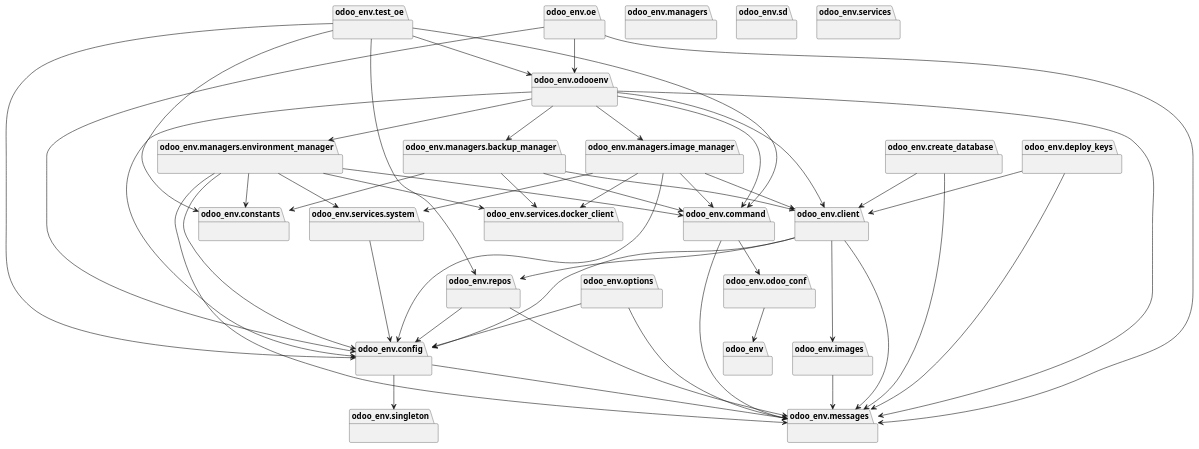
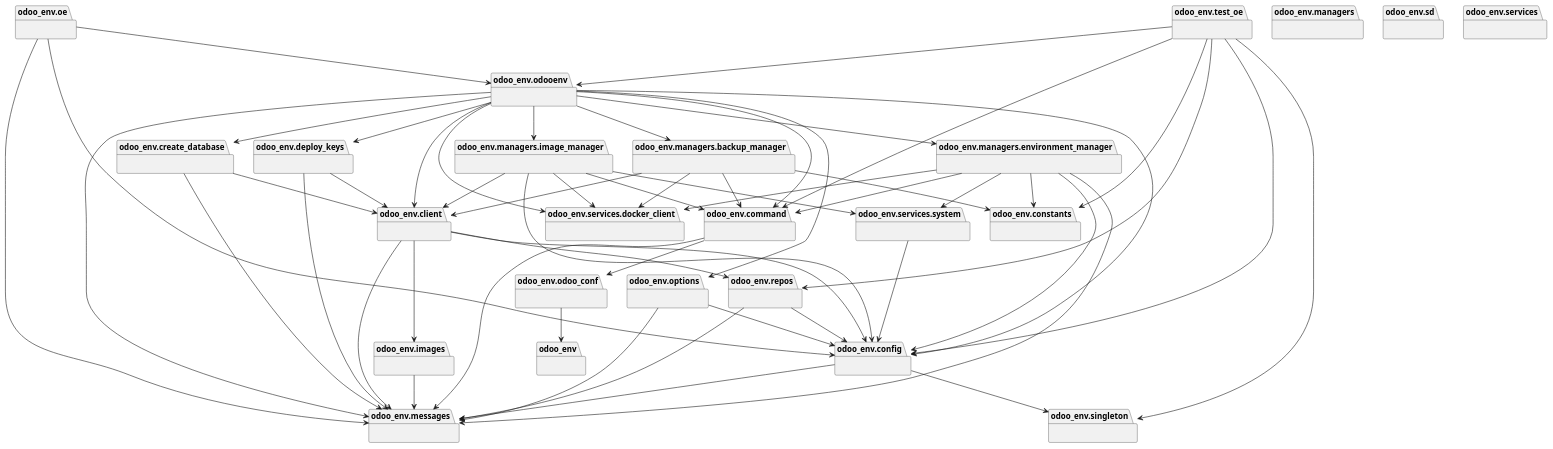
Before and after one commit to jobiols/odoo-env: the diagram in doc/uml/packages_odoo_env.plantuml, drawn with PlantUML. The commit also changed 5 other files, not shown here.

```diff
--- a/doc/uml/packages_odoo_env.plantuml
+++ b/doc/uml/packages_odoo_env.plantuml
@@ -1,100 +1,105 @@
 @startuml packages_odoo_env
 set namespaceSeparator none
 package "odoo_env" as odoo_env {
 }
 package "odoo_env.client" as odoo_env.client {
 }
 package "odoo_env.command" as odoo_env.command {
 }
 package "odoo_env.config" as odoo_env.config {
 }
 package "odoo_env.constants" as odoo_env.constants {
 }
 package "odoo_env.create_database" as odoo_env.create_database {
 }
 package "odoo_env.deploy_keys" as odoo_env.deploy_keys {
 }
 package "odoo_env.images" as odoo_env.images {
 }
 package "odoo_env.managers" as odoo_env.managers {
 }
 package "odoo_env.managers.backup_manager" as odoo_env.managers.backup_manager {
 }
 package "odoo_env.managers.environment_manager" as odoo_env.managers.environment_manager {
 }
 package "odoo_env.managers.image_manager" as odoo_env.managers.image_manager {
 }
 package "odoo_env.messages" as odoo_env.messages {
 }
 package "odoo_env.odoo_conf" as odoo_env.odoo_conf {
 }
 package "odoo_env.odooenv" as odoo_env.odooenv {
 }
 package "odoo_env.oe" as odoo_env.oe {
 }
 package "odoo_env.options" as odoo_env.options {
 }
 package "odoo_env.repos" as odoo_env.repos {
 }
 package "odoo_env.sd" as odoo_env.sd {
 }
 package "odoo_env.services" as odoo_env.services {
 }
 package "odoo_env.services.docker_client" as odoo_env.services.docker_client {
 }
 package "odoo_env.services.system" as odoo_env.services.system {
 }
 package "odoo_env.singleton" as odoo_env.singleton {
 }
 package "odoo_env.test_oe" as odoo_env.test_oe {
 }
 odoo_env.client --> odoo_env.config
 odoo_env.client --> odoo_env.images
 odoo_env.client --> odoo_env.messages
 odoo_env.client --> odoo_env.repos
 odoo_env.command --> odoo_env.messages
 odoo_env.command --> odoo_env.odoo_conf
 odoo_env.config --> odoo_env.messages
 odoo_env.config --> odoo_env.singleton
 odoo_env.create_database --> odoo_env.client
 odoo_env.create_database --> odoo_env.messages
 odoo_env.deploy_keys --> odoo_env.client
 odoo_env.deploy_keys --> odoo_env.messages
 odoo_env.images --> odoo_env.messages
 odoo_env.managers.backup_manager --> odoo_env.client
 odoo_env.managers.backup_manager --> odoo_env.command
 odoo_env.managers.backup_manager --> odoo_env.constants
 odoo_env.managers.backup_manager --> odoo_env.services.docker_client
 odoo_env.managers.environment_manager --> odoo_env.command
 odoo_env.managers.environment_manager --> odoo_env.config
 odoo_env.managers.environment_manager --> odoo_env.constants
 odoo_env.managers.environment_manager --> odoo_env.messages
 odoo_env.managers.environment_manager --> odoo_env.services.docker_client
 odoo_env.managers.environment_manager --> odoo_env.services.system
 odoo_env.managers.image_manager --> odoo_env.client
 odoo_env.managers.image_manager --> odoo_env.command
 odoo_env.managers.image_manager --> odoo_env.config
 odoo_env.managers.image_manager --> odoo_env.services.docker_client
 odoo_env.managers.image_manager --> odoo_env.services.system
 odoo_env.odoo_conf --> odoo_env
 odoo_env.odooenv --> odoo_env.client
 odoo_env.odooenv --> odoo_env.command
 odoo_env.odooenv --> odoo_env.config
+odoo_env.odooenv --> odoo_env.create_database
+odoo_env.odooenv --> odoo_env.deploy_keys
 odoo_env.odooenv --> odoo_env.managers.backup_manager
 odoo_env.odooenv --> odoo_env.managers.environment_manager
 odoo_env.odooenv --> odoo_env.managers.image_manager
 odoo_env.odooenv --> odoo_env.messages
+odoo_env.odooenv --> odoo_env.options
+odoo_env.odooenv --> odoo_env.services.docker_client
 odoo_env.oe --> odoo_env.config
 odoo_env.oe --> odoo_env.messages
 odoo_env.oe --> odoo_env.odooenv
 odoo_env.options --> odoo_env.config
 odoo_env.options --> odoo_env.messages
 odoo_env.repos --> odoo_env.config
 odoo_env.repos --> odoo_env.messages
 odoo_env.services.system --> odoo_env.config
 odoo_env.test_oe --> odoo_env.command
 odoo_env.test_oe --> odoo_env.config
 odoo_env.test_oe --> odoo_env.constants
 odoo_env.test_oe --> odoo_env.odooenv
 odoo_env.test_oe --> odoo_env.repos
+odoo_env.test_oe --> odoo_env.singleton
 @enduml
```
